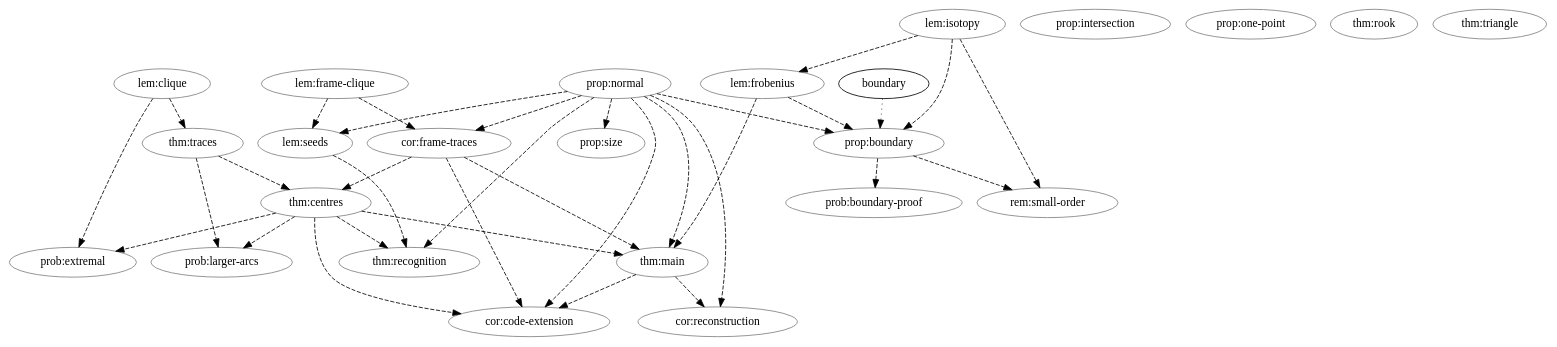
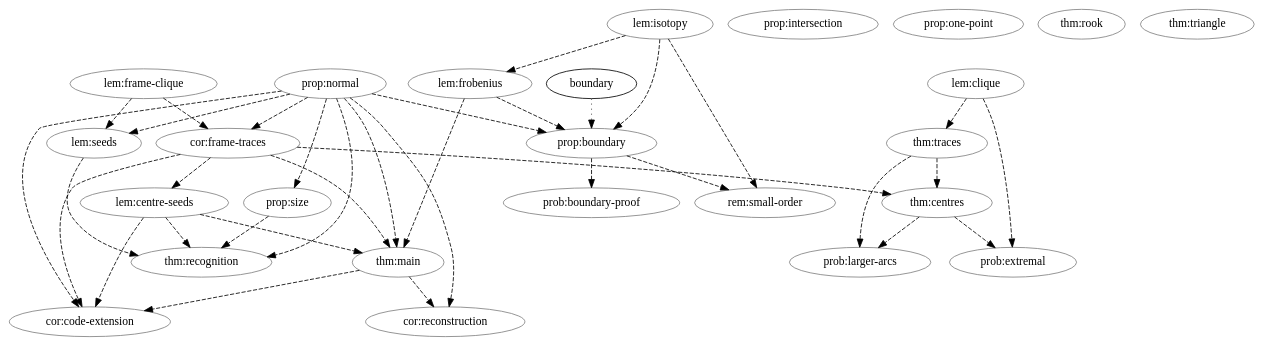
The diagram in papers/continuation-graph-rigidity/verification/dependency-graph.dot (tavisrudd/othello), drawn with Graphviz before and after one commit. The commit also changed 12 other files, not shown here.

```diff
--- a/papers/continuation-graph-rigidity/verification/dependency-graph.dot
+++ b/papers/continuation-graph-rigidity/verification/dependency-graph.dot
@@ -1,58 +1,61 @@
 digraph claims {
   "cor:code-extension" [color="gray"];
   "thm:main" -> "cor:code-extension" [style=dashed];
   "prop:normal" -> "cor:code-extension" [style=dashed];
   "cor:frame-traces" -> "cor:code-extension" [style=dashed];
-  "thm:centres" -> "cor:code-extension" [style=dashed];
+  "lem:centre-seeds" -> "cor:code-extension" [style=dashed];
   "cor:frame-traces" [color="gray"];
   "lem:frame-clique" -> "cor:frame-traces" [style=dashed];
   "prop:normal" -> "cor:frame-traces" [style=dashed];
   "cor:reconstruction" [color="gray"];
   "thm:main" -> "cor:reconstruction" [style=dashed];
   "prop:normal" -> "cor:reconstruction" [style=dashed];
+  "lem:centre-seeds" [color="gray"];
+  "cor:frame-traces" -> "lem:centre-seeds" [style=dashed];
   "lem:clique" [color="gray"];
   "lem:frame-clique" [color="gray"];
   "lem:frobenius" [color="gray"];
   "lem:isotopy" -> "lem:frobenius" [style=dashed];
   "lem:isotopy" [color="gray"];
   "lem:seeds" [color="gray"];
   "prop:normal" -> "lem:seeds" [style=dashed];
   "lem:frame-clique" -> "lem:seeds" [style=dashed];
   "prob:boundary-proof" [color="gray"];
   "prop:boundary" -> "prob:boundary-proof" [style=dashed];
   "prob:extremal" [color="gray"];
   "lem:clique" -> "prob:extremal" [style=dashed];
   "thm:centres" -> "prob:extremal" [style=dashed];
   "prob:larger-arcs" [color="gray"];
   "thm:traces" -> "prob:larger-arcs" [style=dashed];
   "thm:centres" -> "prob:larger-arcs" [style=dashed];
   "prop:boundary" [color="gray"];
   "prop:normal" -> "prop:boundary" [style=dashed];
   "lem:isotopy" -> "prop:boundary" [style=dashed];
   "lem:frobenius" -> "prop:boundary" [style=dashed];
   "boundary" -> "prop:boundary" [style=dotted];
   "prop:intersection" [color="gray"];
   "prop:normal" [color="gray"];
   "prop:one-point" [color="gray"];
   "prop:size" [color="gray"];
   "prop:normal" -> "prop:size" [style=dashed];
   "rem:small-order" [color="gray"];
   "prop:boundary" -> "rem:small-order" [style=dashed];
   "lem:isotopy" -> "rem:small-order" [style=dashed];
   "thm:centres" [color="gray"];
   "cor:frame-traces" -> "thm:centres" [style=dashed];
   "thm:traces" -> "thm:centres" [style=dashed];
   "thm:main" [color="gray"];
   "cor:frame-traces" -> "thm:main" [style=dashed];
-  "thm:centres" -> "thm:main" [style=dashed];
+  "lem:centre-seeds" -> "thm:main" [style=dashed];
   "prop:normal" -> "thm:main" [style=dashed];
   "lem:frobenius" -> "thm:main" [style=dashed];
   "thm:recognition" [color="gray"];
   "lem:seeds" -> "thm:recognition" [style=dashed];
-  "thm:centres" -> "thm:recognition" [style=dashed];
+  "lem:centre-seeds" -> "thm:recognition" [style=dashed];
   "prop:normal" -> "thm:recognition" [style=dashed];
+  "prop:size" -> "thm:recognition" [style=dashed];
   "thm:rook" [color="gray"];
   "thm:traces" [color="gray"];
   "lem:clique" -> "thm:traces" [style=dashed];
   "thm:triangle" [color="gray"];
 }
```
